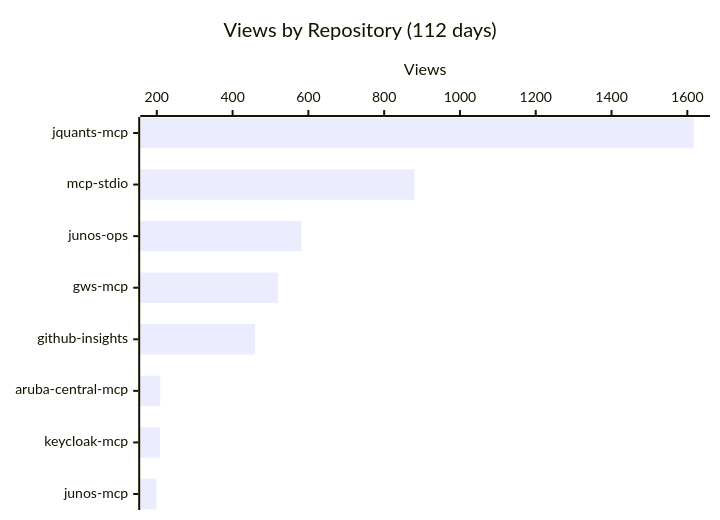
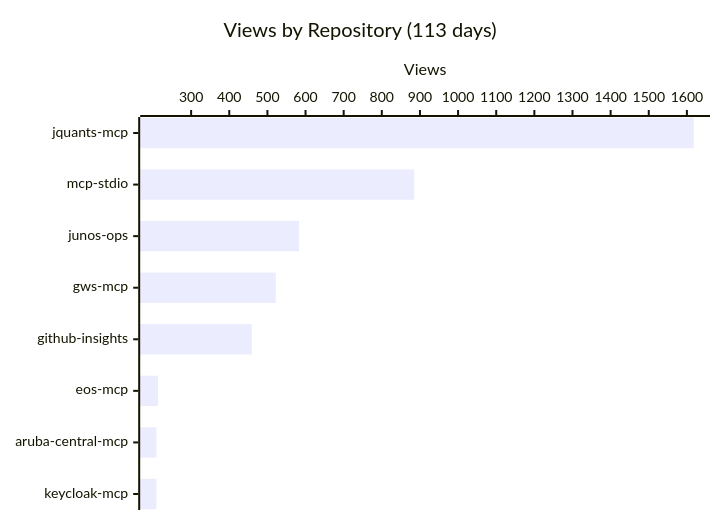
One commit to shigechika/github-insights changed the first of 4 diagrams in README.md. Above: the diagram before and after it, drawn with Mermaid. The commit also changed other lines of this file and 2 other files, not shown here.

````diff
--- a/README.md
+++ b/README.md
@@ -18,7 +18,7 @@
 ```mermaid
 xychart-beta horizontal
-    title "Views by Repository (112 days)"
-    x-axis ["jquants-mcp", "mcp-stdio", "junos-ops", "gws-mcp", "github-insights", "aruba-central-mcp", "keycloak-mcp", "junos-mcp"]
+    title "Views by Repository (113 days)"
+    x-axis ["jquants-mcp", "mcp-stdio", "junos-ops", "gws-mcp", "github-insights", "eos-mcp", "aruba-central-mcp", "keycloak-mcp"]
     y-axis "Views"
-    bar [1617, 880, 581, 520, 459, 209, 208, 199]
+    bar [1618, 885, 583, 522, 459, 213, 209, 209]
 ```
````
